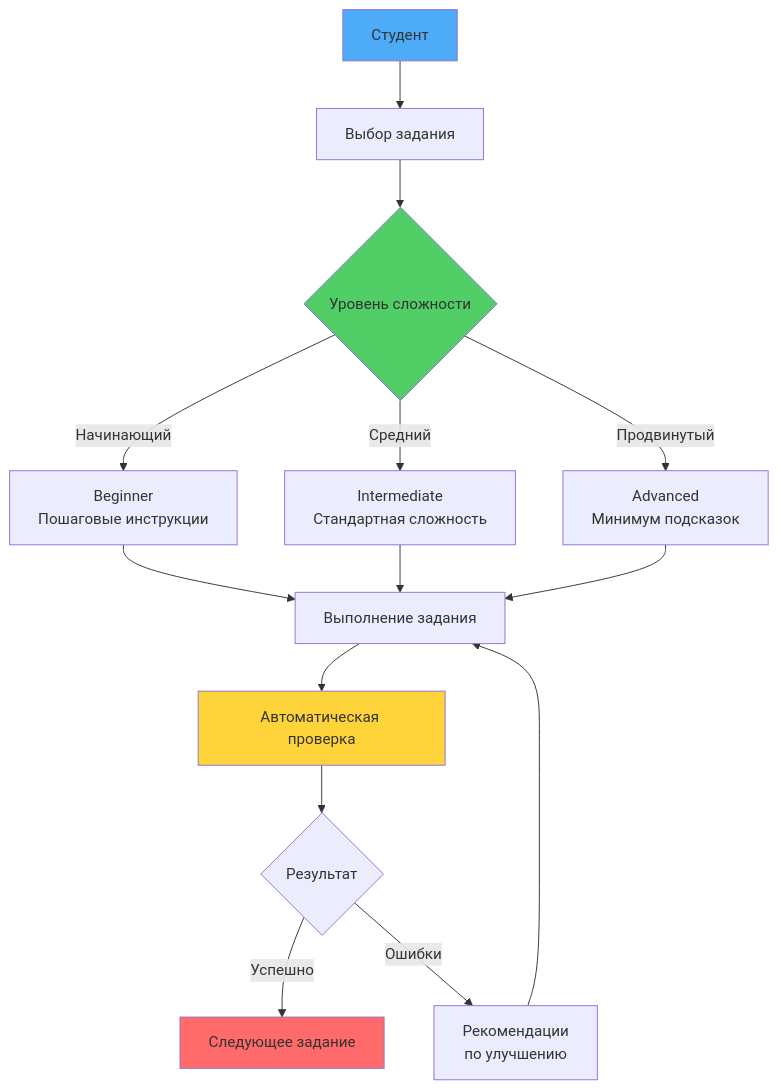
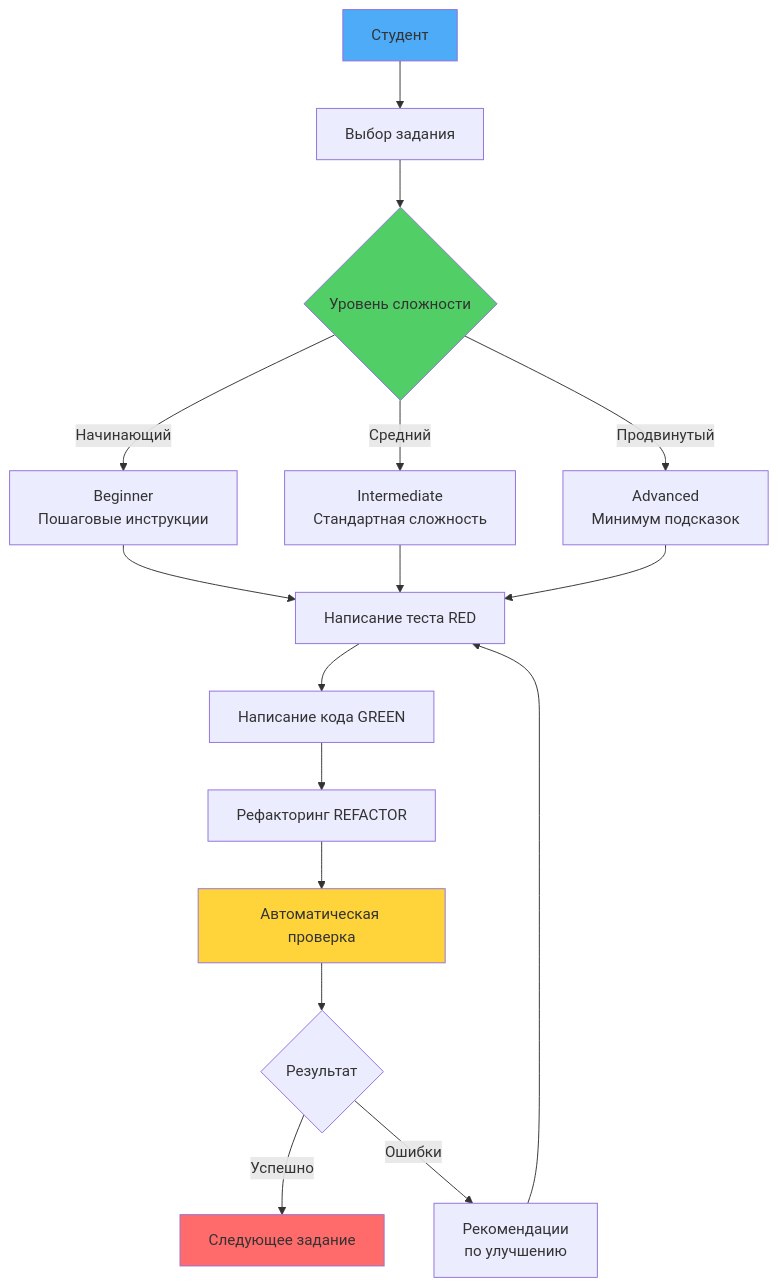
One commit to DaymaNKinG990/TDD-Learning changed the first of 2 diagrams in docs/exercises/README.md. Above: the diagram before and after it, drawn with Mermaid. The commit also changed other lines of this file and 56 other files, not shown here.

````diff
--- a/docs/exercises/README.md
+++ b/docs/exercises/README.md
@@ -21,26 +21,29 @@
 ```mermaid
 graph TB
     A[Студент] --> B[Выбор задания]
     B --> C{Уровень сложности}
     
     C -->|Начинающий| D[Beginner<br/>Пошаговые инструкции]
     C -->|Средний| E[Intermediate<br/>Стандартная сложность]
     C -->|Продвинутый| F[Advanced<br/>Минимум подсказок]
     
-    D --> G[Выполнение задания]
+    D --> G[Написание теста RED]
     E --> G
     F --> G
     
-    G --> H[Автоматическая проверка]
-    H --> I{Результат}
+    G --> H[Написание кода GREEN]
+    H --> I[Рефакторинг REFACTOR]
     
-    I -->|Успешно| J[Следующее задание]
-    I -->|Ошибки| K[Рекомендации<br/>по улучшению]
+    I --> J[Автоматическая проверка]
+    J --> K{Результат}
     
-    K --> G
+    K -->|Успешно| L[Следующее задание]
+    K -->|Ошибки| M[Рекомендации<br/>по улучшению]
+    
+    M --> G
     
     style A fill:#4dabf7
     style C fill:#51cf66
-    style H fill:#ffd43b
-    style J fill:#ff6b6b
+    style J fill:#ffd43b
+    style L fill:#ff6b6b
 ```
````
